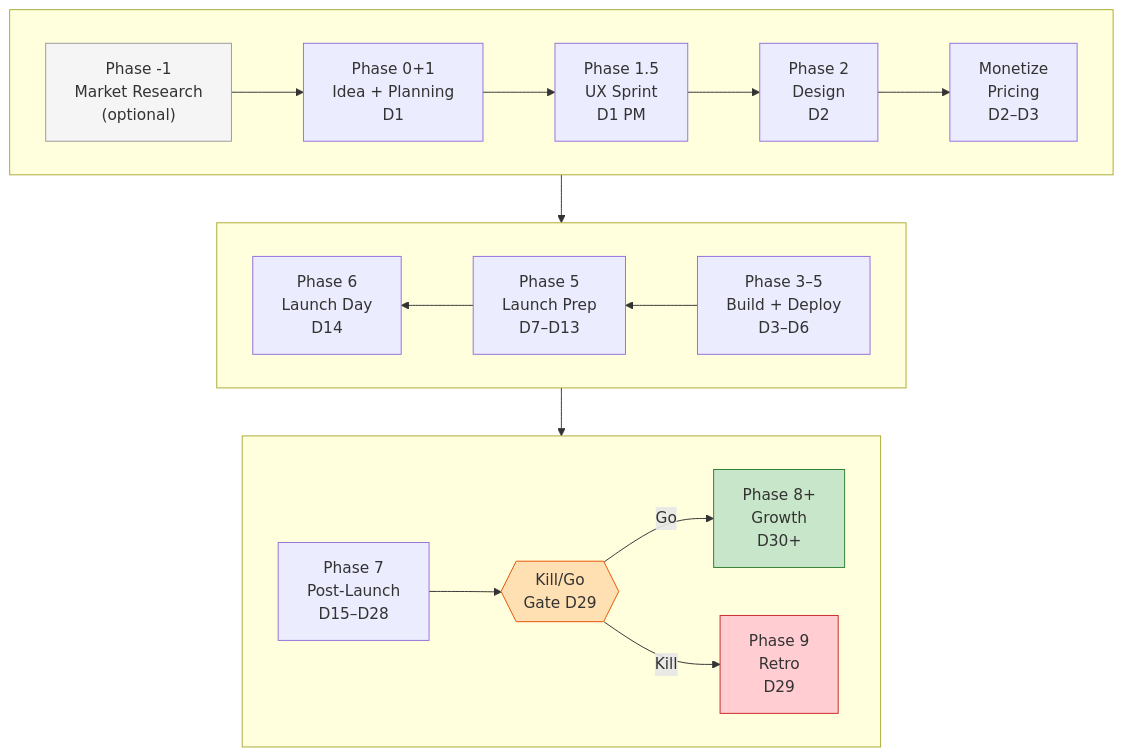
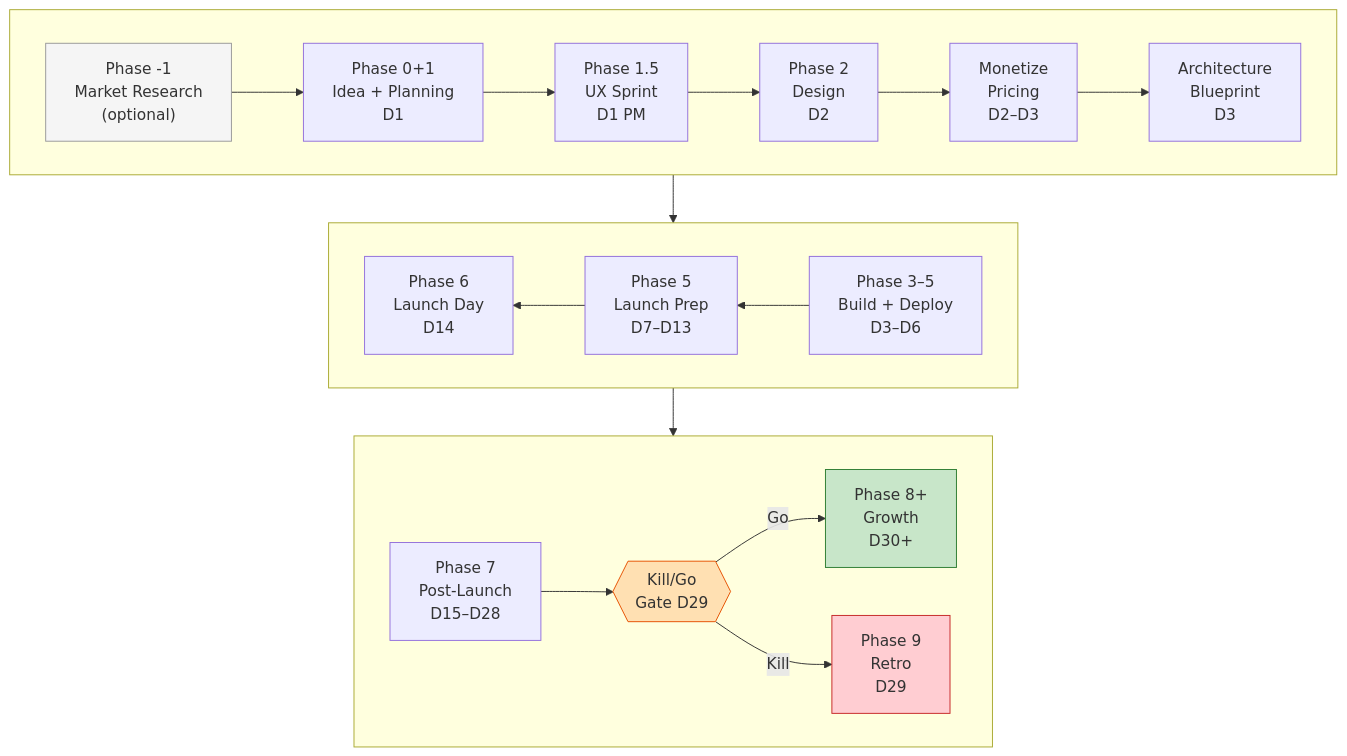
Before and after one commit to JayKim88/indie-maker: the first of 5 diagrams in README.md, drawn with Mermaid. The commit also changed other lines of this file and 2 other files, not shown here.

Commit message:
docs: update CLAUDE.md, README.md, and indie-sprint-playbook

````diff
--- a/README.md
+++ b/README.md
@@ -20,25 +20,25 @@
 ```mermaid
 flowchart TD
     subgraph row1[" "]
         direction LR
-        A["Phase -1<br/>Market Research<br/>(optional)"] --> B["Phase 0+1<br/>Idea + Planning<br/>D1"] --> C["Phase 1.5<br/>UX Sprint<br/>D1 PM"] --> D["Phase 2<br/>Design<br/>D2"] --> E["Monetize<br/>Pricing<br/>D2–D3"]
+        A["Phase -1<br/>Market Research<br/>(optional)"] --> B["Phase 0+1<br/>Idea + Planning<br/>D1"] --> C["Phase 1.5<br/>UX Sprint<br/>D1 PM"] --> D["Phase 2<br/>Design<br/>D2"] --> E["Monetize<br/>Pricing<br/>D2–D3"] --> E2["Architecture<br/>Blueprint<br/>D3"]
     end
     subgraph row2[" "]
         direction RL
         F["Phase 3–5<br/>Build + Deploy<br/>D3–D6"] --> G["Phase 5<br/>Launch Prep<br/>D7–D13"] --> H["Phase 6<br/>Launch Day<br/>D14"]
     end
     subgraph row3[" "]
         direction LR
         I["Phase 7<br/>Post-Launch<br/>D15–D28"] --> J{{"Kill/Go<br/>Gate D29"}}
         J -->|Go| K["Phase 8+<br/>Growth<br/>D30+"]
         J -->|Kill| L["Phase 9<br/>Retro<br/>D29"]
     end
 
-    E --> F
+    E2 --> F
     H --> I
 
     style A fill:#f5f5f5,stroke:#999
     style J fill:#ffe0b2,stroke:#e65100
     style K fill:#c8e6c9,stroke:#2e7d32
     style L fill:#ffcdd2,stroke:#c62828
 ```
````
